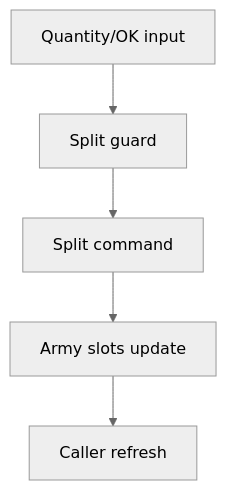
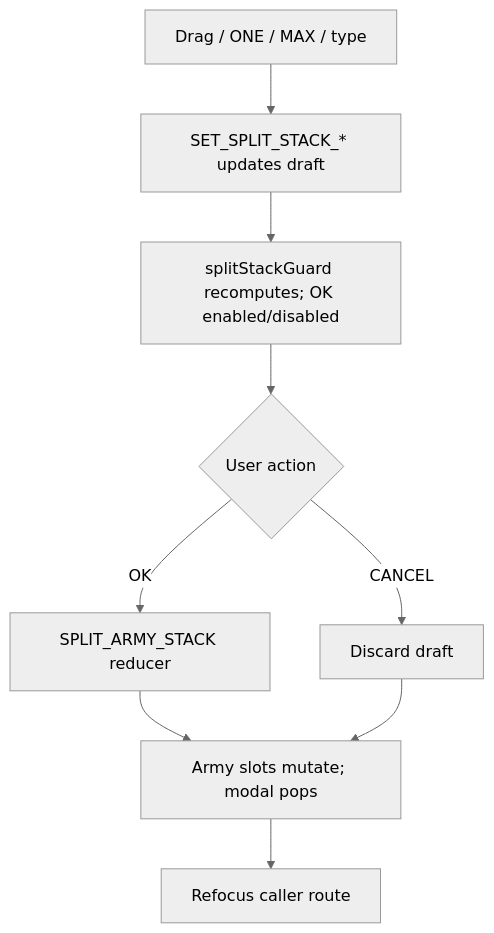
Before and after one commit to SunaNoOshiro/Heroes_Reforged_AI_Realms: the third of 5 diagrams in docs/architecture/wiki/screens/51-split-stack-dialog/architecture.md, drawn with Mermaid (neutral theme). The commit also changed other lines of this file and 518 other files, not shown here.

First line of the commit message:
Add doc-audit skill and sweep architecture/screen docs

````diff
--- a/docs/architecture/wiki/screens/51-split-stack-dialog/architecture.md
+++ b/docs/architecture/wiki/screens/51-split-stack-dialog/architecture.md
@@ -42,8 +49,12 @@
 ```mermaid
 flowchart TD
-  I0["Quantity/OK input"] --> I1
-  I1["Split guard"] --> I2
-  I2["Split command"] --> I3
-  I3["Army slots update"] --> I4
-  I4["Caller refresh"]
+  I0["Drag / ONE / MAX / type"] --> I1
+  I1["SET_SPLIT_STACK_* updates draft"] --> I2
+  I2["splitStackGuard recomputes; OK enabled/disabled"] --> I3
+  I3{"User action"}
+  I3 -->|OK| I4["SPLIT_ARMY_STACK reducer"]
+  I3 -->|CANCEL| I5["Discard draft"]
+  I4 --> I6["Army slots mutate; modal pops"]
+  I5 --> I6
+  I6 --> I7["Refocus caller route"]
 ```
````
